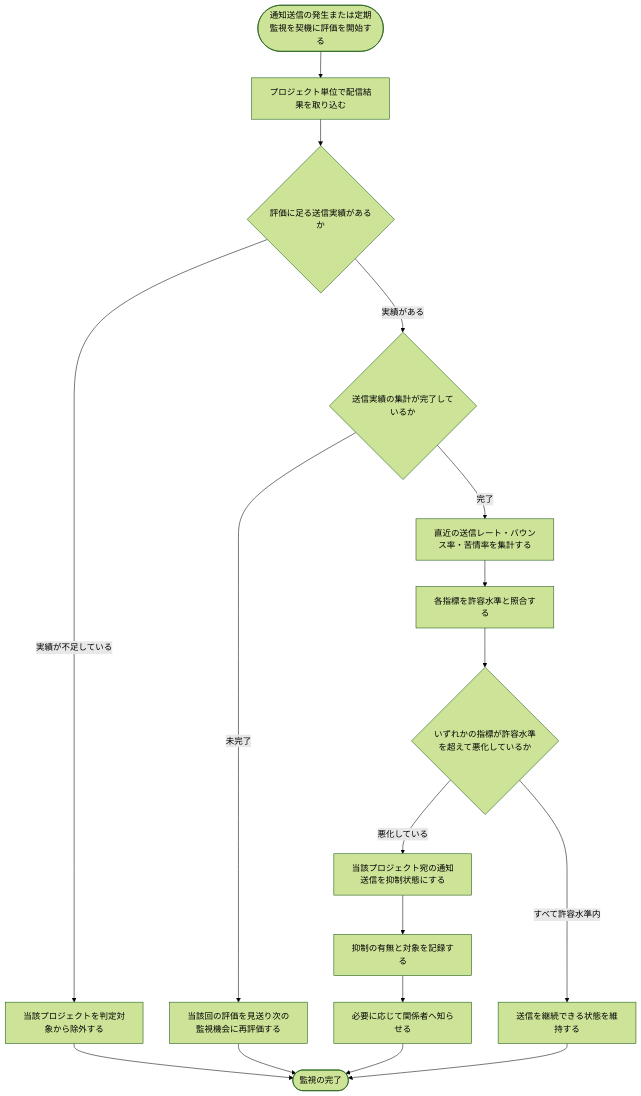
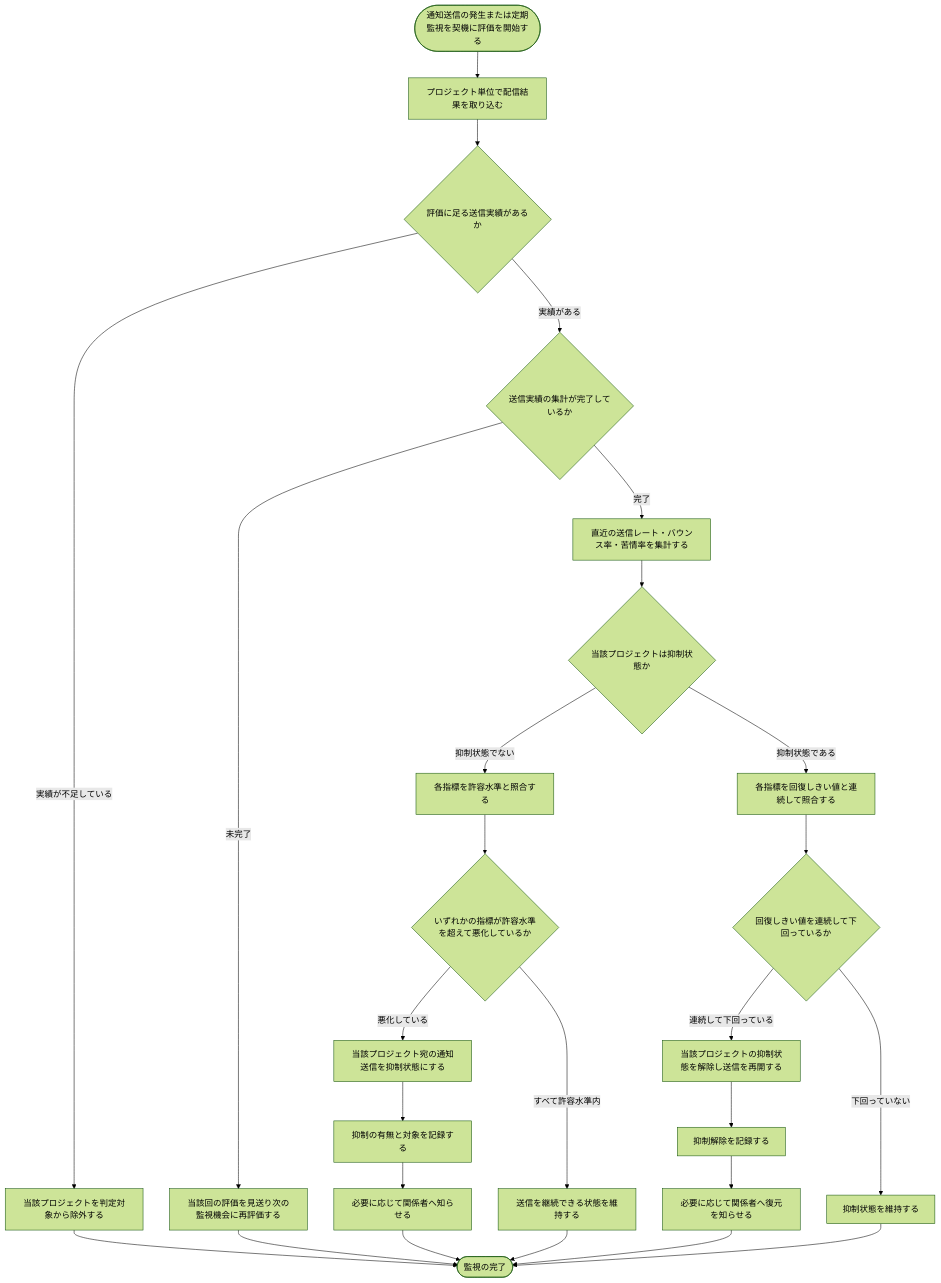
The diagram in 02_basic_design/02_backend/01_system/SYS-007.md (sikakou54/open-faq), drawn with Mermaid (forest theme) before and after one commit. The commit also changed other lines of this file and 27 other files, not shown here.

````diff
--- a/02_basic_design/02_backend/01_system/SYS-007.md
+++ b/02_basic_design/02_backend/01_system/SYS-007.md
@@ -26,19 +27,28 @@
 ```mermaid
 flowchart TB
   A([通知送信の発生または定期監視を契機に評価を開始する]) --> B[プロジェクト単位で配信結果を取り込む]
   B --> C{評価に足る送信実績があるか}
   C -->|実績が不足している| D[当該プロジェクトを判定対象から除外する]
   C -->|実績がある| E{送信実績の集計が完了しているか}
   E -->|未完了| F[当該回の評価を見送り次の監視機会に再評価する]
   E -->|完了| G[直近の送信レート・バウンス率・苦情率を集計する]
-  G --> H[各指標を許容水準と照合する]
-  H --> I{いずれかの指標が許容水準を超えて悪化しているか}
-  I -->|悪化している| J[当該プロジェクト宛の通知送信を抑制状態にする]
-  J --> K[抑制の有無と対象を記録する]
-  K --> L[必要に応じて関係者へ知らせる]
-  I -->|すべて許容水準内| M[送信を継続できる状態を維持する]
-  D --> N([監視の完了])
-  F --> N
-  L --> N
-  M --> N
+  G --> H{当該プロジェクトは抑制状態か}
+  H -->|抑制状態でない| I[各指標を許容水準と照合する]
+  I --> J{いずれかの指標が許容水準を超えて悪化しているか}
+  J -->|悪化している| K[当該プロジェクト宛の通知送信を抑制状態にする]
+  K --> L[抑制の有無と対象を記録する]
+  L --> M[必要に応じて関係者へ知らせる]
+  J -->|すべて許容水準内| N[送信を継続できる状態を維持する]
+  H -->|抑制状態である| O[各指標を回復しきい値と連続して照合する]
+  O --> P{回復しきい値を連続して下回っているか}
+  P -->|連続して下回っている| Q[当該プロジェクトの抑制状態を解除し送信を再開する]
+  Q --> R[抑制解除を記録する]
+  R --> S[必要に応じて関係者へ復元を知らせる]
+  P -->|下回っていない| T[抑制状態を維持する]
+  D --> Z([監視の完了])
+  F --> Z
+  M --> Z
+  N --> Z
+  S --> Z
+  T --> Z
 ```
````
